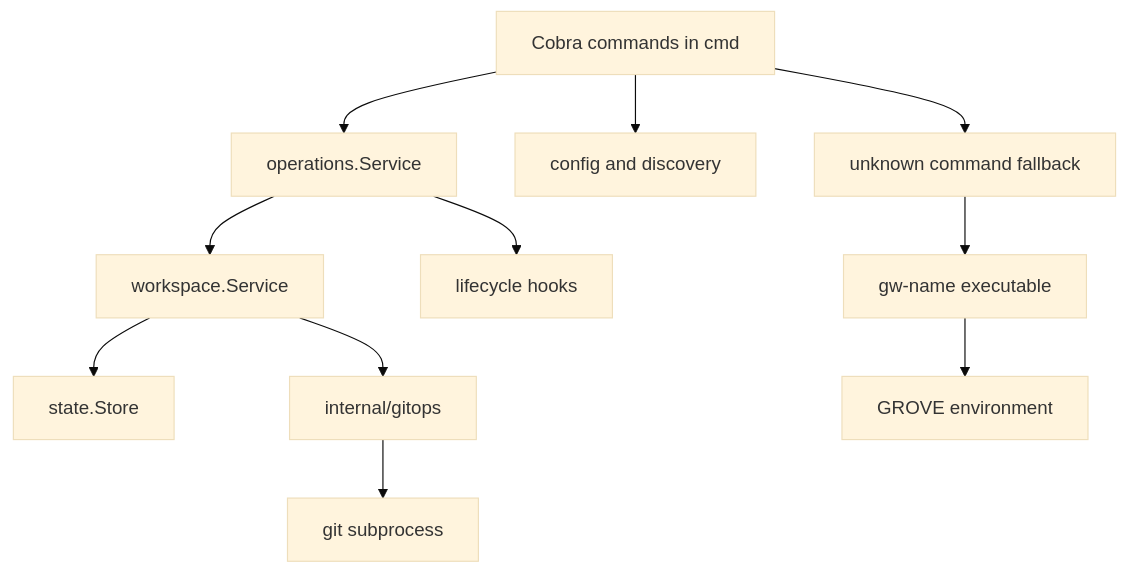
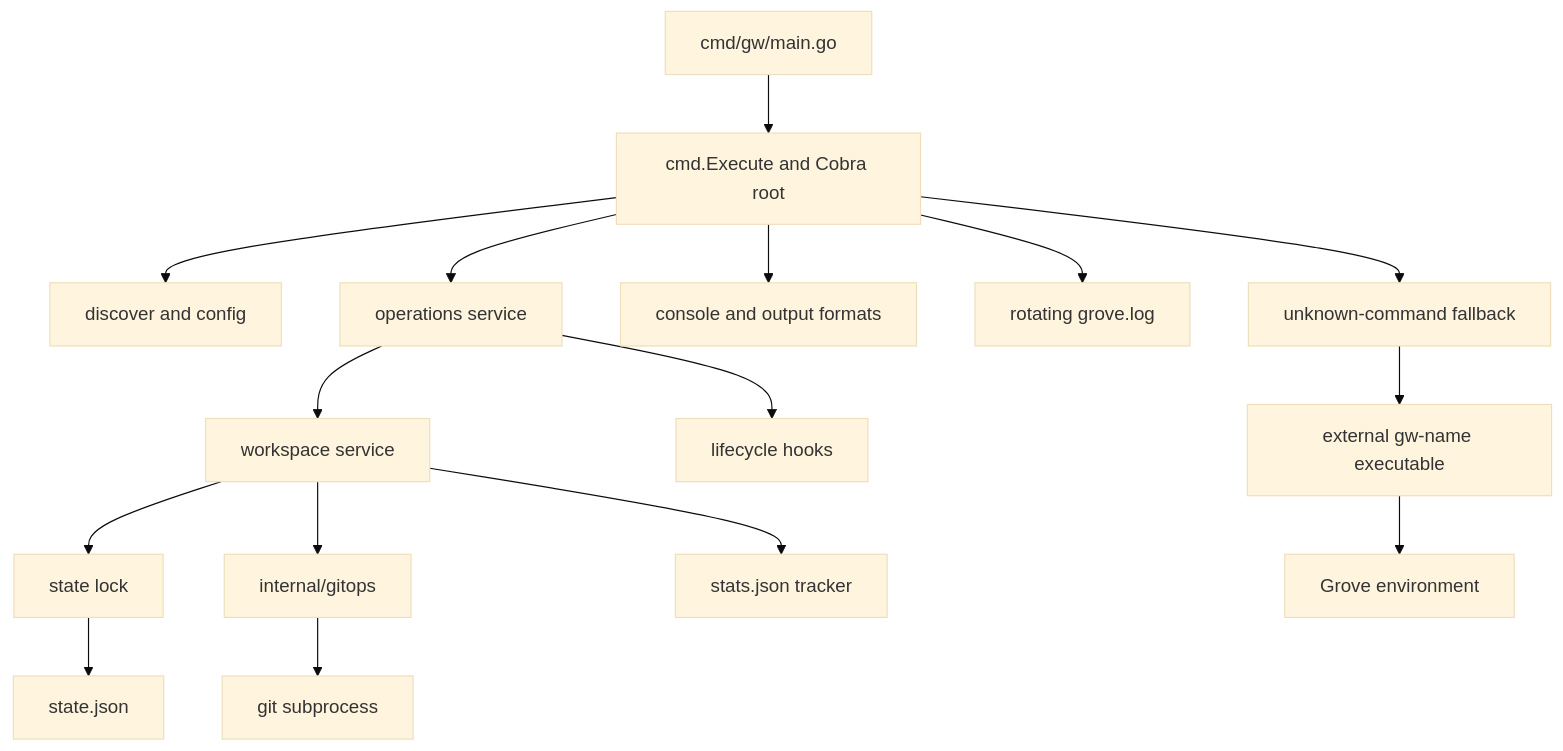
Before and after one commit to nicksenap/grove: the diagram in openwiki/architecture.md, drawn with Mermaid (base theme). The commit also changed other lines of this file and 26 other files, not shown here.

````diff
--- a/openwiki/architecture.md
+++ b/openwiki/architecture.md
@@ -43,13 +59,18 @@
 ```mermaid
 flowchart TD
-    CLI["Cobra commands in cmd"] --> OPS["operations.Service"]
-    OPS --> WS["workspace.Service"]
-    WS --> STATE["state.Store"]
-    WS --> GIT["internal/gitops"]
-    GIT --> SUB["git subprocess"]
-    OPS --> HOOK["lifecycle hooks"]
-    CLI --> CFG["config and discovery"]
-    CLI --> FALLBACK["unknown command fallback"]
-    FALLBACK --> EXT["gw-name executable"]
-    EXT --> ENV["GROVE environment"]
+    ENTRY["cmd/gw/main.go"] --> ROOT["cmd.Execute and Cobra root"]
+    ROOT --> DISC["discover and config"]
+    ROOT --> OPS["operations service"]
+    OPS --> WS["workspace service"]
+    WS --> LOCK["state lock"]
+    LOCK --> STATE["state.json"]
+    WS --> GITOPS["internal/gitops"]
+    GITOPS --> GIT["git subprocess"]
+    WS --> STATS["stats.json tracker"]
+    OPS --> HOOKS["lifecycle hooks"]
+    ROOT --> OUT["console and output formats"]
+    ROOT --> LOG["rotating grove.log"]
+    ROOT --> FALLBACK["unknown-command fallback"]
+    FALLBACK --> PLUGIN["external gw-name executable"]
+    PLUGIN --> ENV["Grove environment"]
 ```
````
